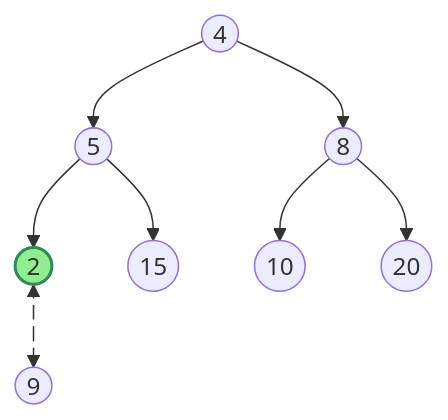
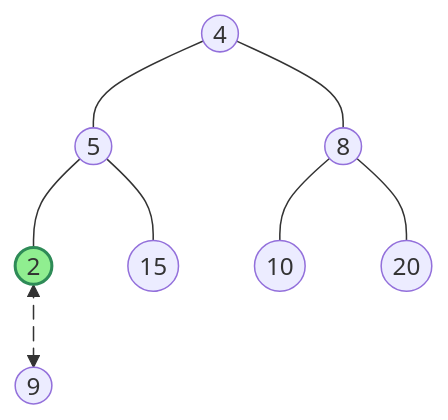
One commit to ruslylove/datastruct changed the fifth of 17 diagrams in lectures/lect-11-Heap.md. Above: the diagram before and after it, drawn with Mermaid. The commit also changed other lines of this file, not shown here.

Commit message:
update diagram and bottom-up heap theorem.

````diff
--- a/lectures/lect-11-Heap.md
+++ b/lectures/lect-11-Heap.md
@@ -220,11 +220,11 @@
 ```mermaid
 graph TD
-    A((4)) --> B((5)) & C((8))
-    B --> D((2)) & E((15))
-    C --> F((10)) & G((20))
+    A((4)) --- B((5)) & C((8))
+    B --- D((2)) & E((15))
+    C --- F((10)) & G((20))
     D e1@<--> H((9))
    
 
     style D fill:#90EE90,stroke:#2E8B57,stroke-width:2px
     e1@{ animate : true }
 ```
````
